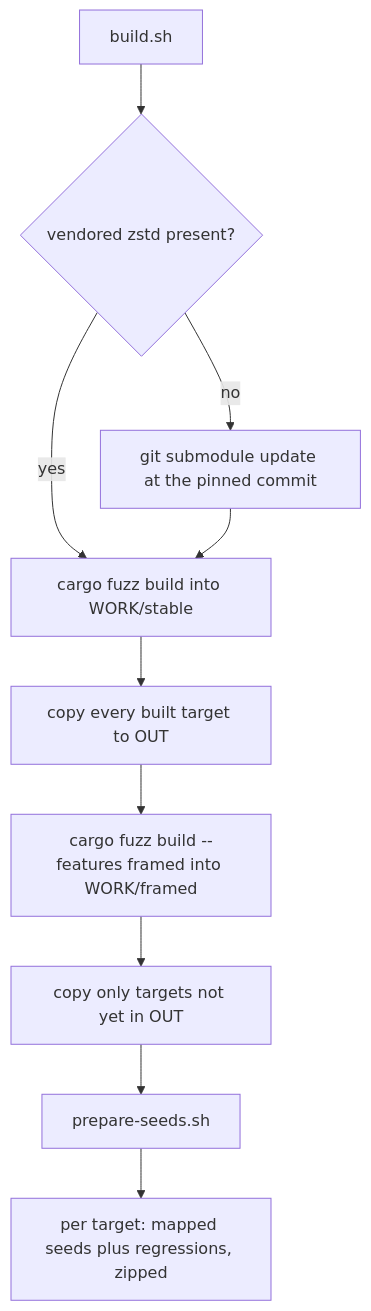
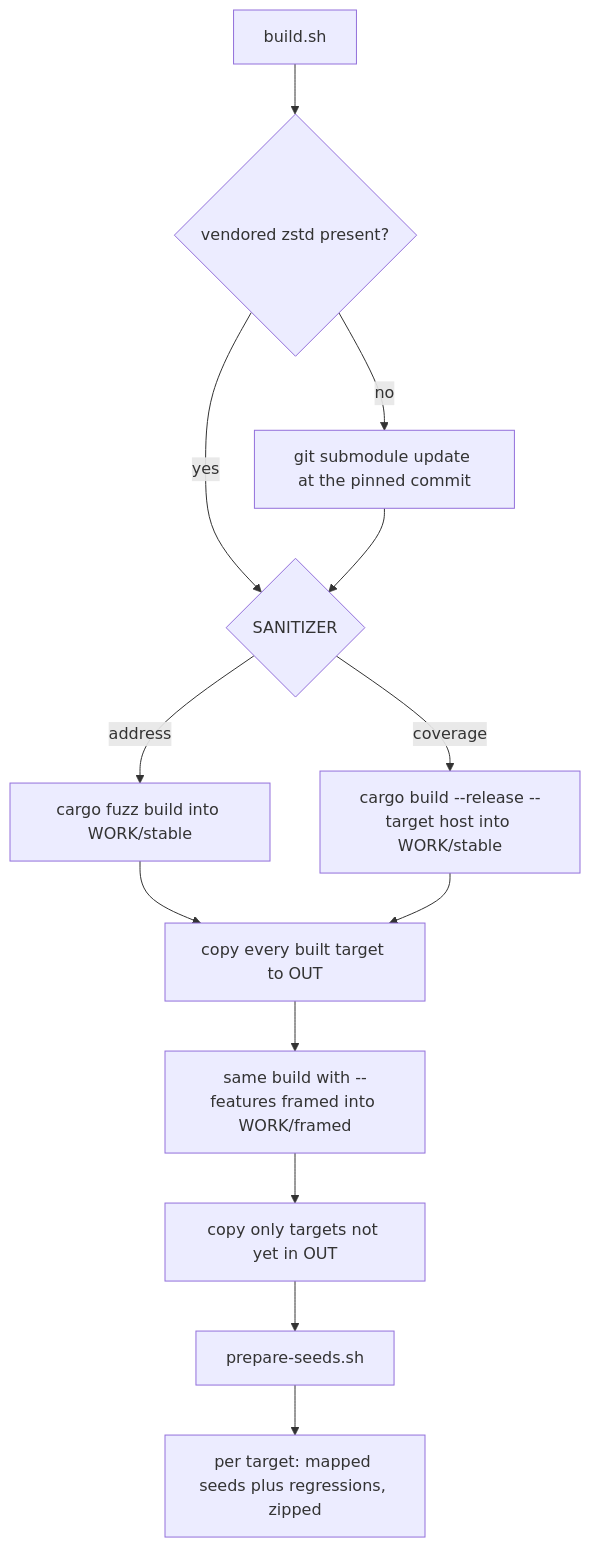
Before and after one commit to M-Compressors/mzstd: the fifth of 5 diagrams in architecture/fuzzing.md, drawn with Mermaid. The commit also changed other lines of this file and 5 other files, not shown here.

````diff
--- a/architecture/fuzzing.md
+++ b/architecture/fuzzing.md
@@ -217,12 +227,15 @@
 ```mermaid
 flowchart TD
     Start[build.sh] --> Sub{vendored zstd present?}
     Sub -->|no| Fetch[git submodule update at the pinned commit]
-    Sub -->|yes| Stable
-    Fetch --> Stable[cargo fuzz build into WORK/stable]
+    Sub -->|yes| Mode
+    Fetch --> Mode{SANITIZER}
+    Mode -->|address| Stable[cargo fuzz build into WORK/stable]
+    Mode -->|coverage| Stable2[cargo build --release --target host into WORK/stable]
     Stable --> ShipS[copy every built target to OUT]
-    ShipS --> Framed[cargo fuzz build --features framed into WORK/framed]
+    Stable2 --> ShipS
+    ShipS --> Framed[same build with --features framed into WORK/framed]
     Framed --> ShipF[copy only targets not yet in OUT]
     ShipF --> Seeds[prepare-seeds.sh]
     Seeds --> Zip[per target: mapped seeds plus regressions, zipped]
 ```
````
